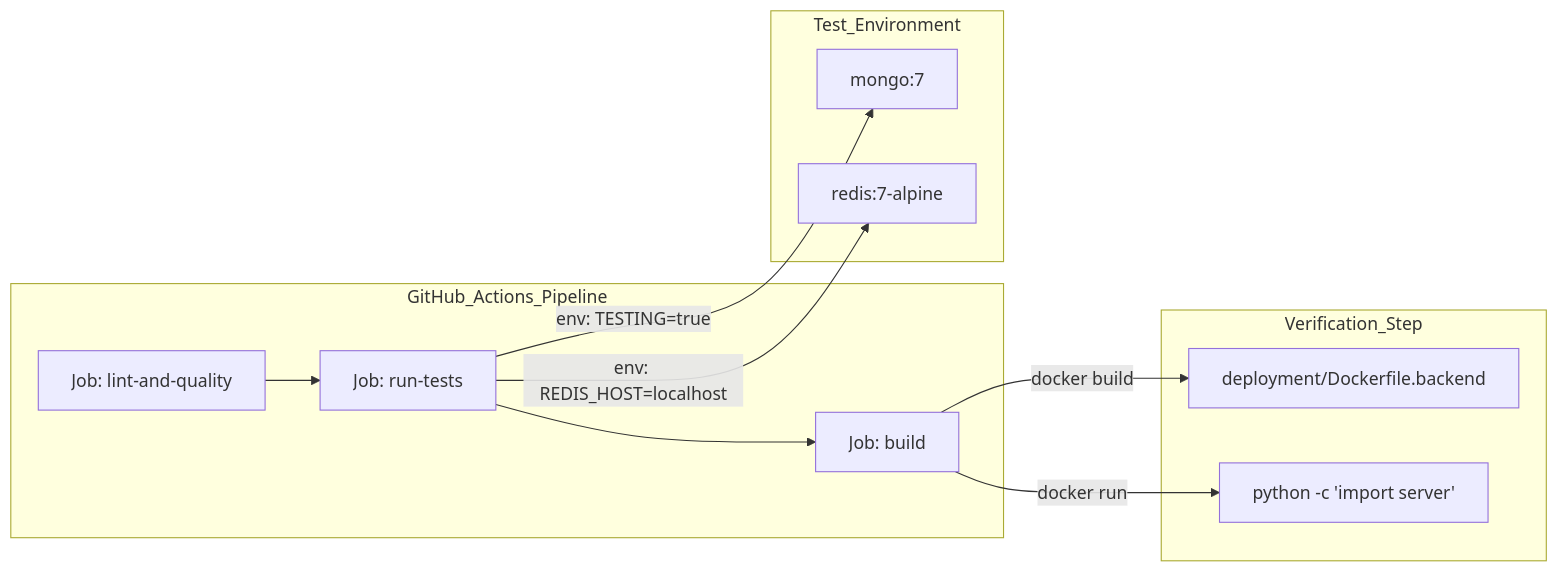
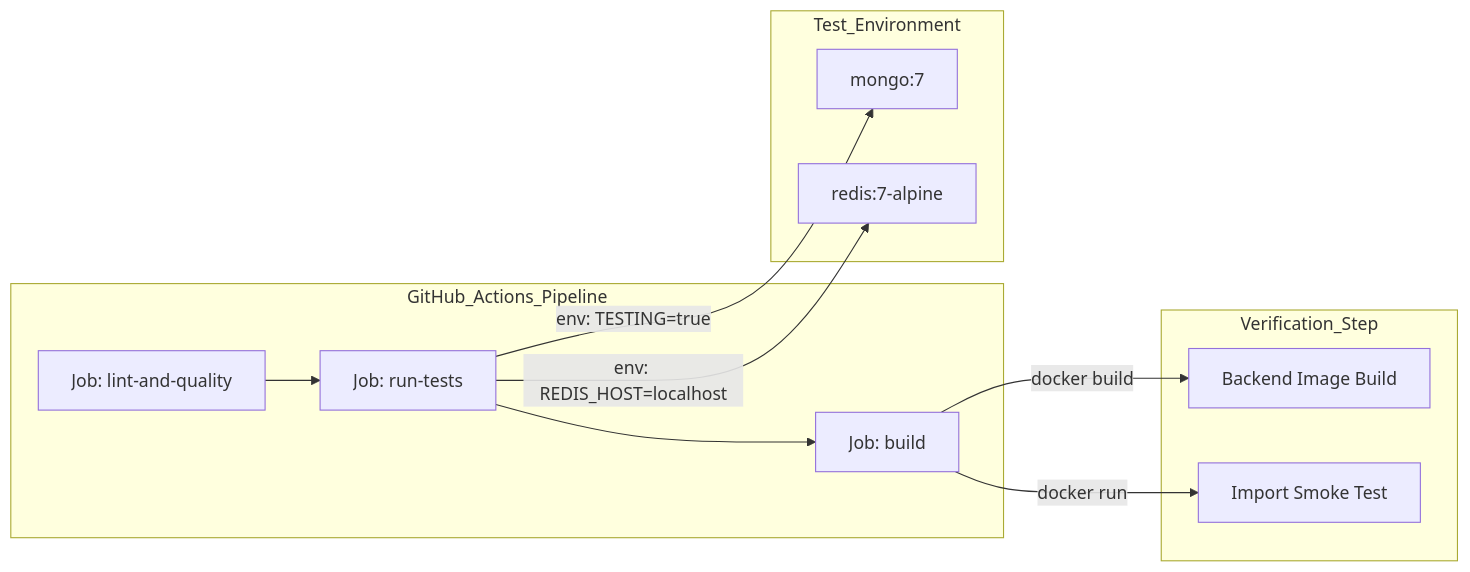
The second of 2 diagrams in docs/infrastructure/index.md (niteshsaini/offloadsecurity-docs), drawn with Mermaid before and after one commit. The commit also changed other lines of this file and 16 other files, not shown here.

````diff
--- a/docs/infrastructure/index.md
+++ b/docs/infrastructure/index.md
@@ -92,17 +91,17 @@
 ```mermaid
 graph LR
     subgraph "GitHub_Actions_Pipeline"
         L["Job: lint-and-quality"] --> T["Job: run-tests"]
         T --> B["Job: build"]
     end
 
     subgraph "Test_Environment"
         T -- "env: TESTING=true" --> M["mongo:7"]
         T -- "env: REDIS_HOST=localhost" --> R["redis:7-alpine"]
     end
 
     subgraph "Verification_Step"
-        B -- "docker build" --> DI["deployment/Dockerfile.backend"]
-        B -- "docker run" --> VB["python -c 'import server'"]
+        B -- "docker build" --> DI["Backend Image Build"]
+        B -- "docker run" --> VB["Import Smoke Test"]
     end
 ```
````
